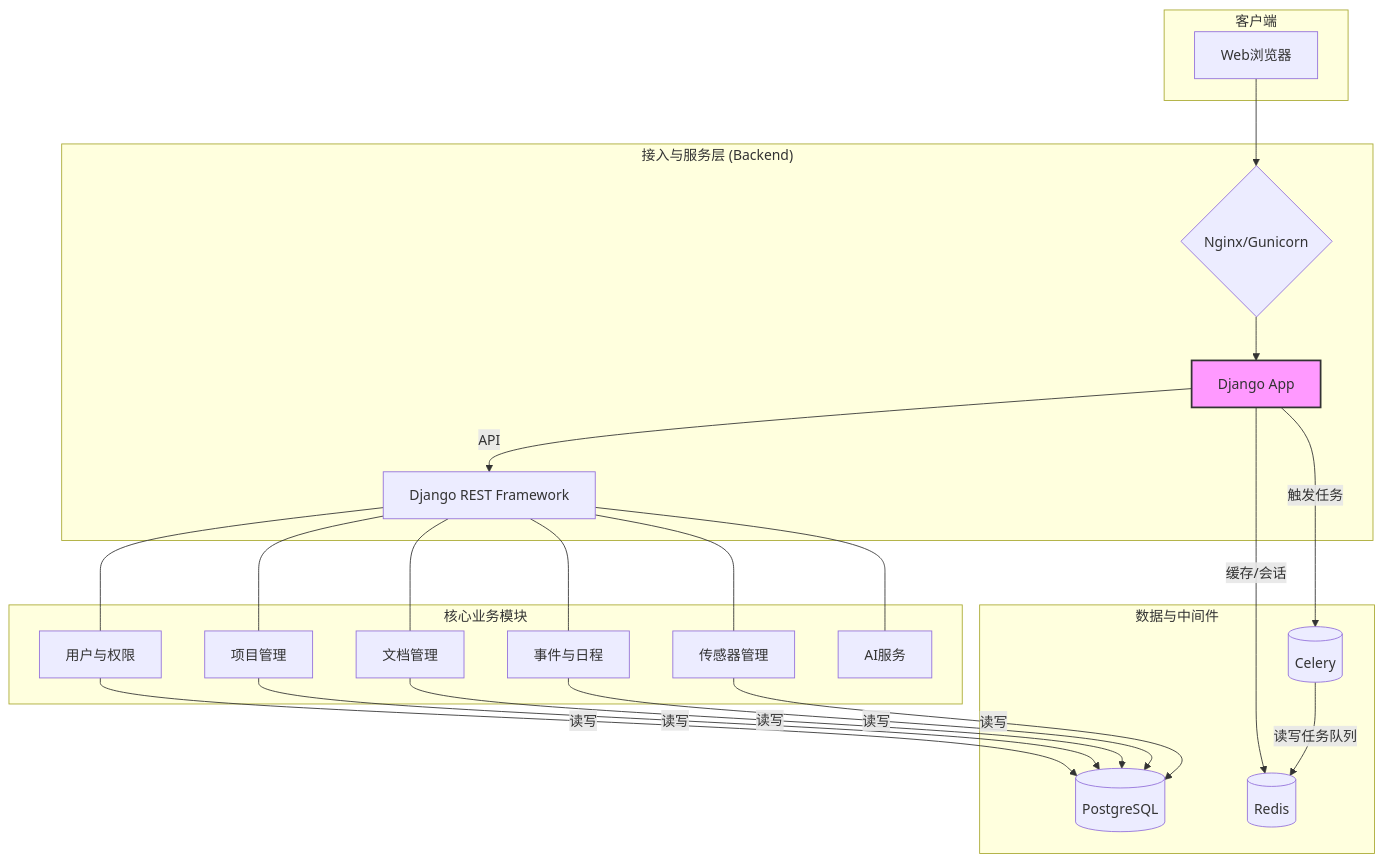
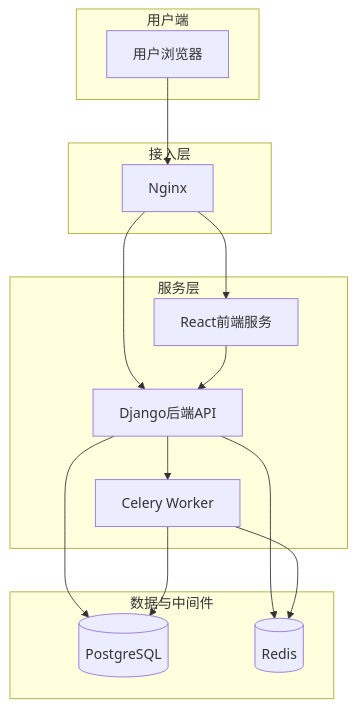
The diagram in .cospec/wiki/01_Overview.md (oneMuggle/OmniDesk), drawn with Mermaid before and after one commit. The commit also changed other lines of this file and 12 other files, not shown here.

````diff
--- a/.cospec/wiki/01_Overview.md
+++ b/.cospec/wiki/01_Overview.md
@@ -58,33 +55,31 @@
 ```mermaid
-graph TB
-    subgraph "客户端"
-        A[Web浏览器]
+graph TD
+    subgraph "用户端"
+        User[用户浏览器]
     end
 
-    subgraph "接入与服务层 (Backend)"
-        A --> B{Nginx/Gunicorn}
-        B --> C[Django App]
-        C -- API --> D[Django REST Framework]
+    subgraph "接入层"
+        Nginx[Nginx]
     end
 
-    subgraph "核心业务模块"
-        D --- E[用户与权限]
-        D --- F[项目管理]
-        D --- G[文档管理]
-        D --- H[事件与日程]
-        D --- I[传感器管理]
-        D --- J[AI服务]
+    subgraph "服务层"
+        Frontend[React前端服务]
+        Backend[Django后端API]
+        Worker[Celery Worker]
+    end
+    
+    subgraph "数据与中间件"
+        DB[(PostgreSQL)]
+        Cache[(Redis)]
     end
 
-    subgraph "数据与中间件"
-        K[(PostgreSQL)]
-        L[(Redis)]
-        M[(Celery)]
-        E & F & G & H & I -- 读写 --> K
-        C -- 缓存/会话 --> L
-        C -- 触发任务 --> M
-        M -- 读写任务队列 --> L
-    end
-
-    style C fill:#f9f,stroke:#333,stroke-width:2px
+    User --> Nginx
+    Nginx --> Frontend
+    Nginx --> Backend
+    Frontend --> Backend
+    Backend --> DB
+    Backend --> Cache
+    Backend --> Worker
+    Worker --> Cache
+    Worker --> DB
 ```
````
